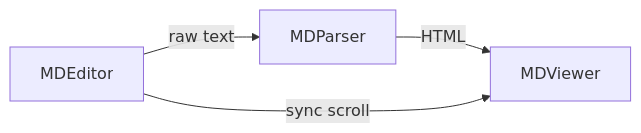
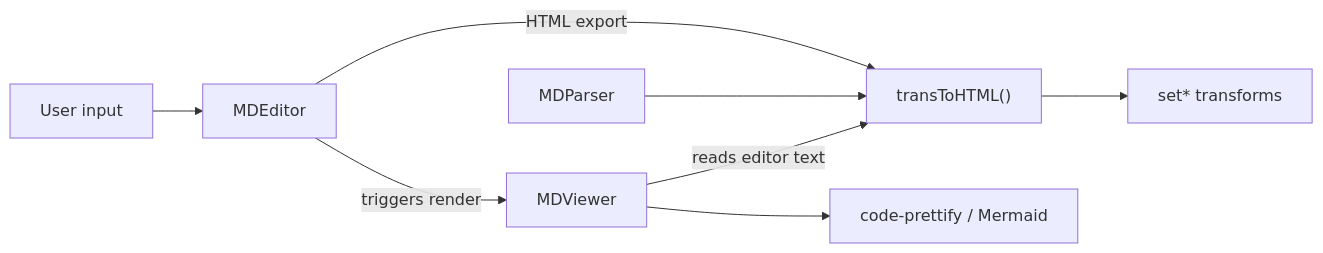
One commit to pardnchiu/NanoMD changed the diagram in README.md. Above: the diagram before and after it, drawn with Mermaid. The commit also changed other lines of this file and 8 other files, not shown here.

````diff
--- a/README.md
+++ b/README.md
@@ -86,6 +41,10 @@
 ```mermaid
 graph LR
-    A[MDEditor] -->|raw text| B[MDParser]
-    B -->|HTML| C[MDViewer]
-    A -->|sync scroll| C
+    User[User input] --> Editor[MDEditor]
+    Editor -->|triggers render| Viewer[MDViewer]
+    Viewer -->|reads editor text| Trans["transToHTML()"]
+    Parser[MDParser] --> Trans
+    Editor -->|HTML export| Trans
+    Trans --> Funcs[set* transforms]
+    Viewer --> Runtime[code-prettify / Mermaid]
 ```
````
